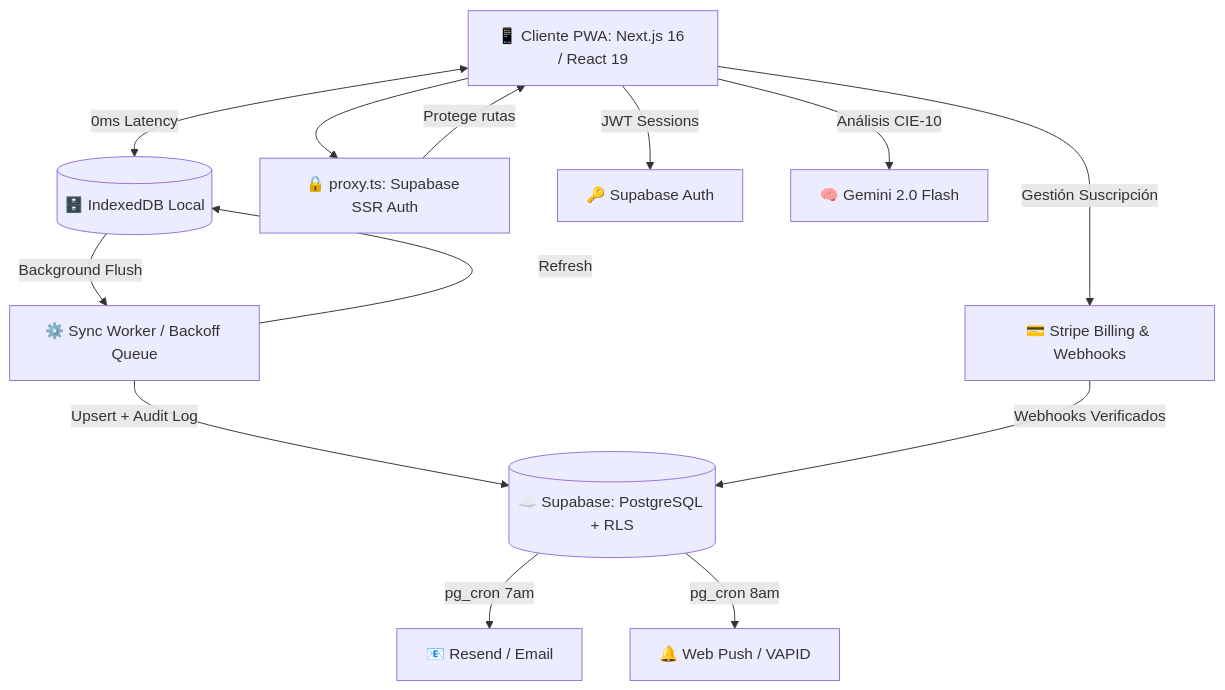
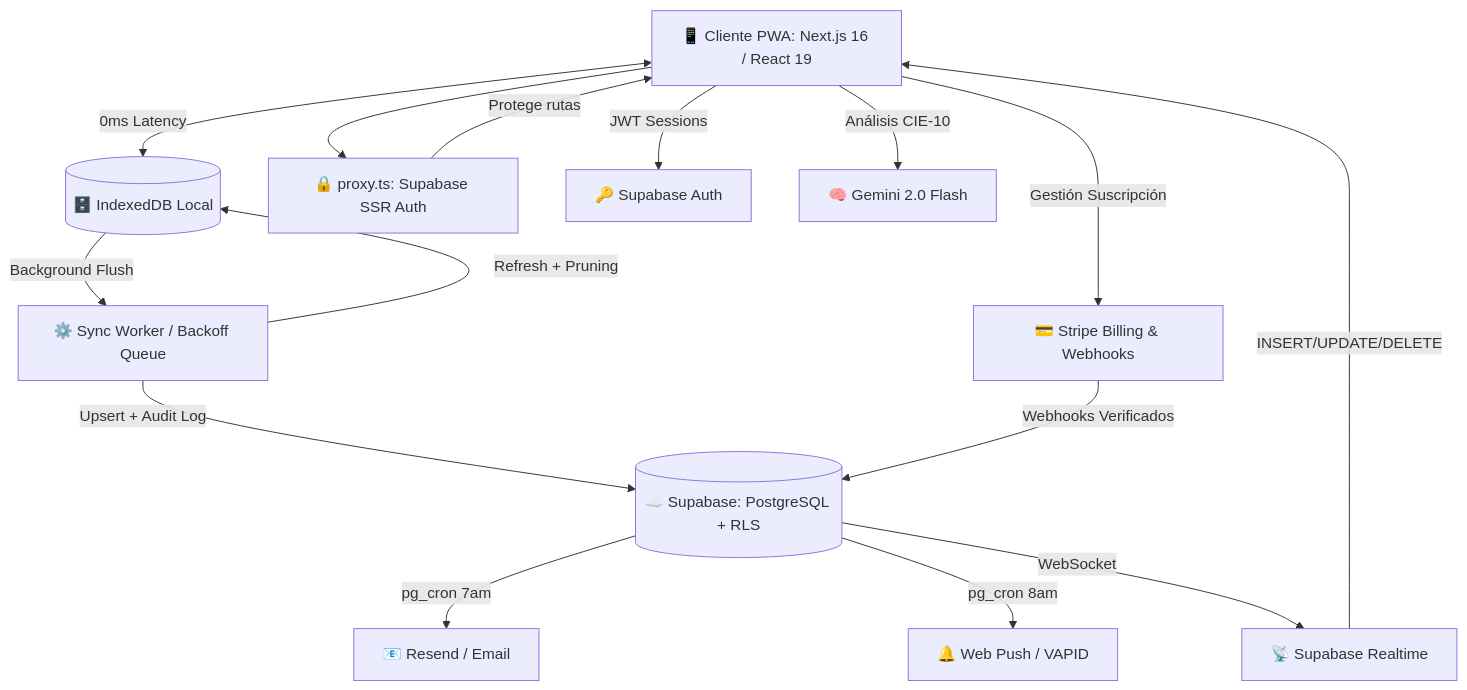
One commit to khryazid/HCE changed the diagram in README.md. Above: the diagram before and after it, drawn with Mermaid. The commit also changed other lines of this file and 87 other files, not shown here.

````diff
--- a/README.md
+++ b/README.md
@@ -114,26 +117,29 @@
 ```mermaid
 graph TD
     Client[📱 Cliente PWA: Next.js 16 / React 19]
     IDB[(🗄️ IndexedDB Local)]
     PROXY[🔒 proxy.ts: Supabase SSR Auth]
     SW[⚙️ Sync Worker / Backoff Queue]
     SupabaseDB[(☁️ Supabase: PostgreSQL + RLS)]
     Auth[🔑 Supabase Auth]
     AI[🧠 Gemini 2.0 Flash]
     Stripe[💳 Stripe Billing & Webhooks]
     Push[🔔 Web Push / VAPID]
     Email[📧 Resend / Email]
+    RT[📡 Supabase Realtime]
 
     Client --> PROXY
     PROXY -->|Protege rutas| Client
     Client <-->|0ms Latency| IDB
     IDB -->|Background Flush| SW
     SW -->|Upsert + Audit Log| SupabaseDB
-    SW -->|Refresh| IDB
+    SW -->|Refresh + Pruning| IDB
     Client -->|JWT Sessions| Auth
     Client -->|Análisis CIE-10| AI
     Client -->|Gestión Suscripción| Stripe
     Stripe -->|Webhooks Verificados| SupabaseDB
     SupabaseDB -->|pg_cron 7am| Email
     SupabaseDB -->|pg_cron 8am| Push
+    SupabaseDB -->|WebSocket| RT
+    RT -->|INSERT/UPDATE/DELETE| Client
 ```
````
